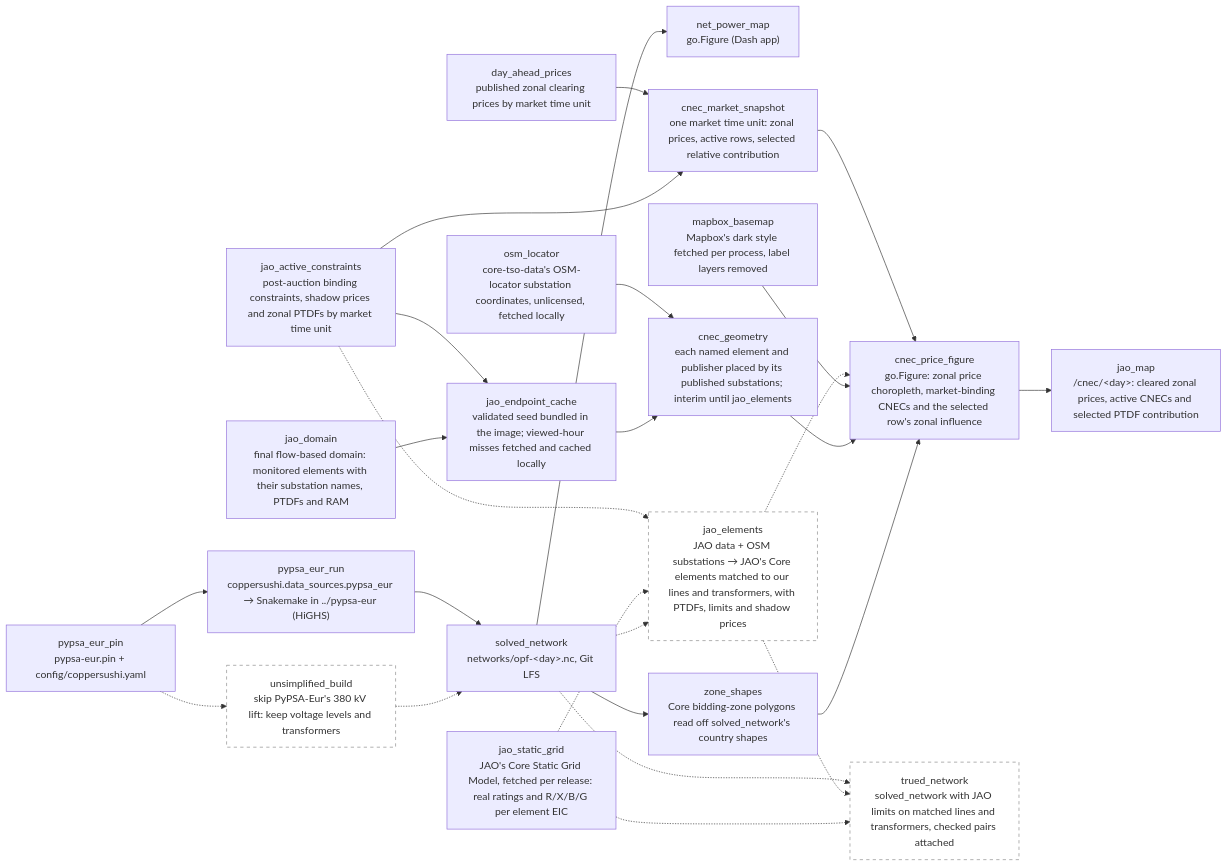
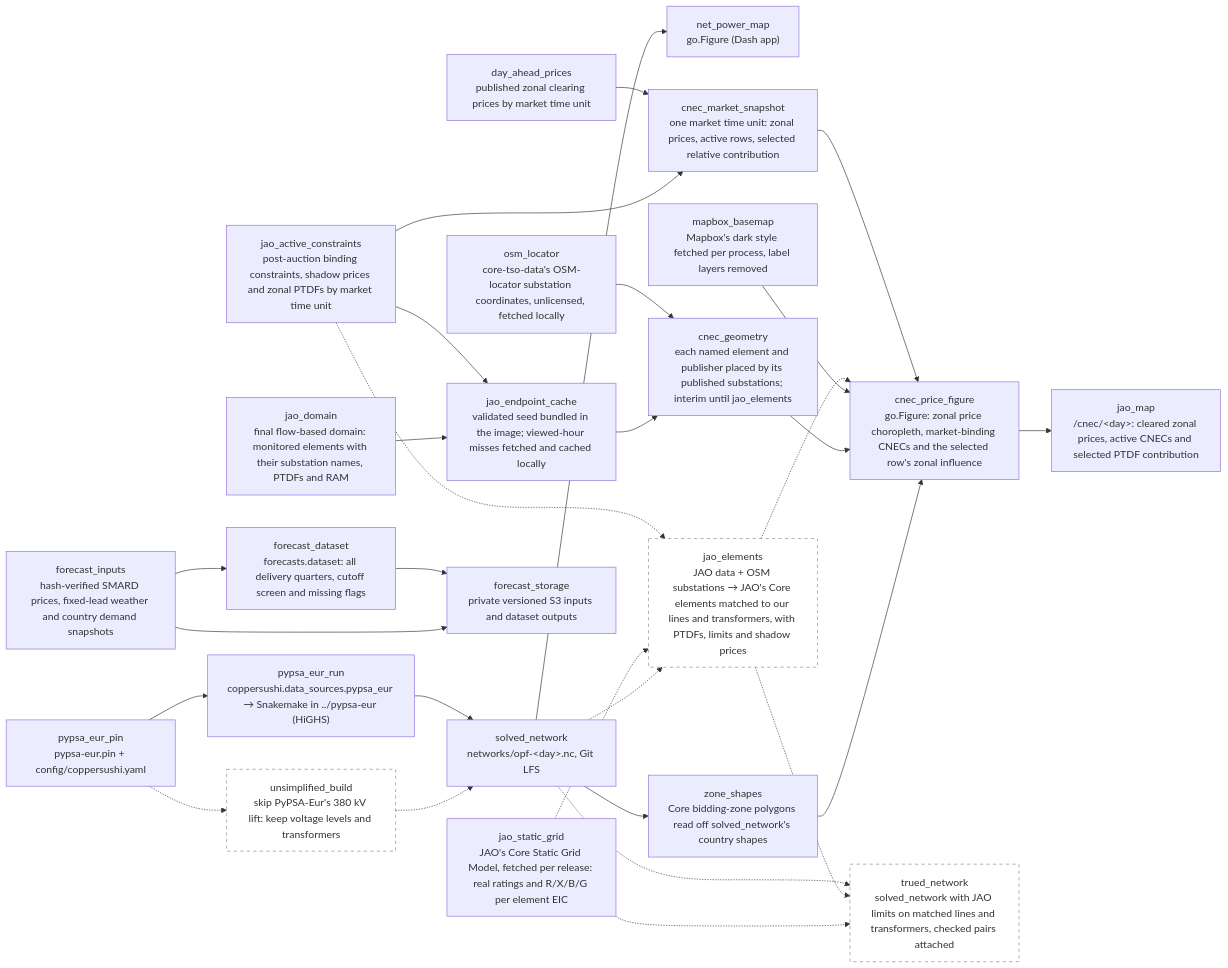
The diagram in wiki/sushi-2.md (zoltanmaric/coppersushi), drawn with Mermaid before and after one commit. The commit also changed other lines of this file and 11 other files, not shown here.

First line of the commit message:
Assemble cutoff-screened full-year forecast dataset

````diff
--- a/wiki/sushi-2.md
+++ b/wiki/sushi-2.md
@@ -17,52 +17,59 @@
 ```mermaid
 flowchart LR
     classDef planned stroke-dasharray: 5 5,stroke:#888,fill:none
 
     net_power_map["net_power_map<br/>go.Figure (Dash app)"]
 
     pypsa_eur_pin["pypsa_eur_pin<br/>pypsa-eur.pin + config/coppersushi.yaml"]
     pypsa_eur_run["pypsa_eur_run<br/>coppersushi.data_sources.pypsa_eur → Snakemake in ../pypsa-eur (HiGHS)"]
     solved_network["solved_network<br/>networks/opf-&lt;day&gt;.nc, Git LFS"]
     jao_active_constraints["jao_active_constraints<br/>post-auction binding constraints, shadow prices and zonal PTDFs by market time unit"]
     jao_domain["jao_domain<br/>final flow-based domain: monitored elements with their substation names, PTDFs and RAM"]
     jao_endpoint_cache["jao_endpoint_cache<br/>validated seed bundled in the image; viewed-hour misses fetched and cached locally"]
     osm_locator["osm_locator<br/>core-tso-data's OSM-locator substation coordinates, unlicensed, fetched locally"]
     cnec_geometry["cnec_geometry<br/>each named element and publisher placed by its published substations; interim until jao_elements"]
     zone_shapes["zone_shapes<br/>Core bidding-zone polygons read off solved_network's country shapes"]
     mapbox_basemap["mapbox_basemap<br/>Mapbox's dark style fetched per process, label layers removed"]
 
     jao_static_grid["jao_static_grid<br/>JAO's Core Static Grid Model, fetched per release: real ratings and R/X/B/G per element EIC"]
 
     unsimplified["unsimplified_build<br/>skip PyPSA-Eur's 380 kV lift: keep voltage levels and transformers"]:::planned
     jao_elements["jao_elements<br/>JAO data + OSM substations → JAO's Core elements matched to our lines and transformers, with PTDFs, limits and shadow prices"]:::planned
     day_ahead_prices["day_ahead_prices<br/>published zonal clearing prices by market time unit"]
     cnec_market_snapshot["cnec_market_snapshot<br/>one market time unit: zonal prices, active rows, selected relative contribution"]
     cnec_price_figure["cnec_price_figure<br/>go.Figure: zonal price choropleth, market-binding CNECs and the selected row's zonal influence"]
     jao_map["jao_map<br/>/cnec/&lt;day&gt;: cleared zonal prices, active CNECs and selected PTDF contribution"]
     trued_network["trued_network<br/>solved_network with JAO limits on matched lines and transformers, checked pairs attached"]:::planned
 
+    forecast_inputs["forecast_inputs<br/>hash-verified SMARD prices, fixed-lead weather and country demand snapshots"]
+    forecast_dataset["forecast_dataset<br/>forecasts.dataset: all delivery quarters, cutoff screen and missing flags"]
+    forecast_storage["forecast_storage<br/>private versioned S3 inputs and dataset outputs"]
+
     pypsa_eur_pin --> pypsa_eur_run
     pypsa_eur_pin -.-> unsimplified
     unsimplified -.-> solved_network
     pypsa_eur_run --> solved_network
     solved_network --> net_power_map
     solved_network --> zone_shapes
     zone_shapes --> cnec_price_figure
     jao_domain --> jao_endpoint_cache
     jao_active_constraints --> jao_endpoint_cache
     jao_endpoint_cache --> cnec_geometry
     osm_locator --> cnec_geometry
     cnec_geometry --> cnec_price_figure
     mapbox_basemap --> cnec_price_figure
     solved_network -.-> jao_elements
     jao_static_grid -.-> jao_elements
     jao_static_grid -.-> trued_network
     jao_active_constraints -.-> jao_elements
     jao_active_constraints --> cnec_market_snapshot
     day_ahead_prices --> cnec_market_snapshot
     jao_elements -.-> cnec_price_figure
     cnec_market_snapshot --> cnec_price_figure
     cnec_price_figure --> jao_map
     jao_elements -.-> trued_network
     solved_network -.-> trued_network
+    forecast_inputs --> forecast_dataset
+    forecast_inputs --> forecast_storage
+    forecast_dataset --> forecast_storage
 ```
````
